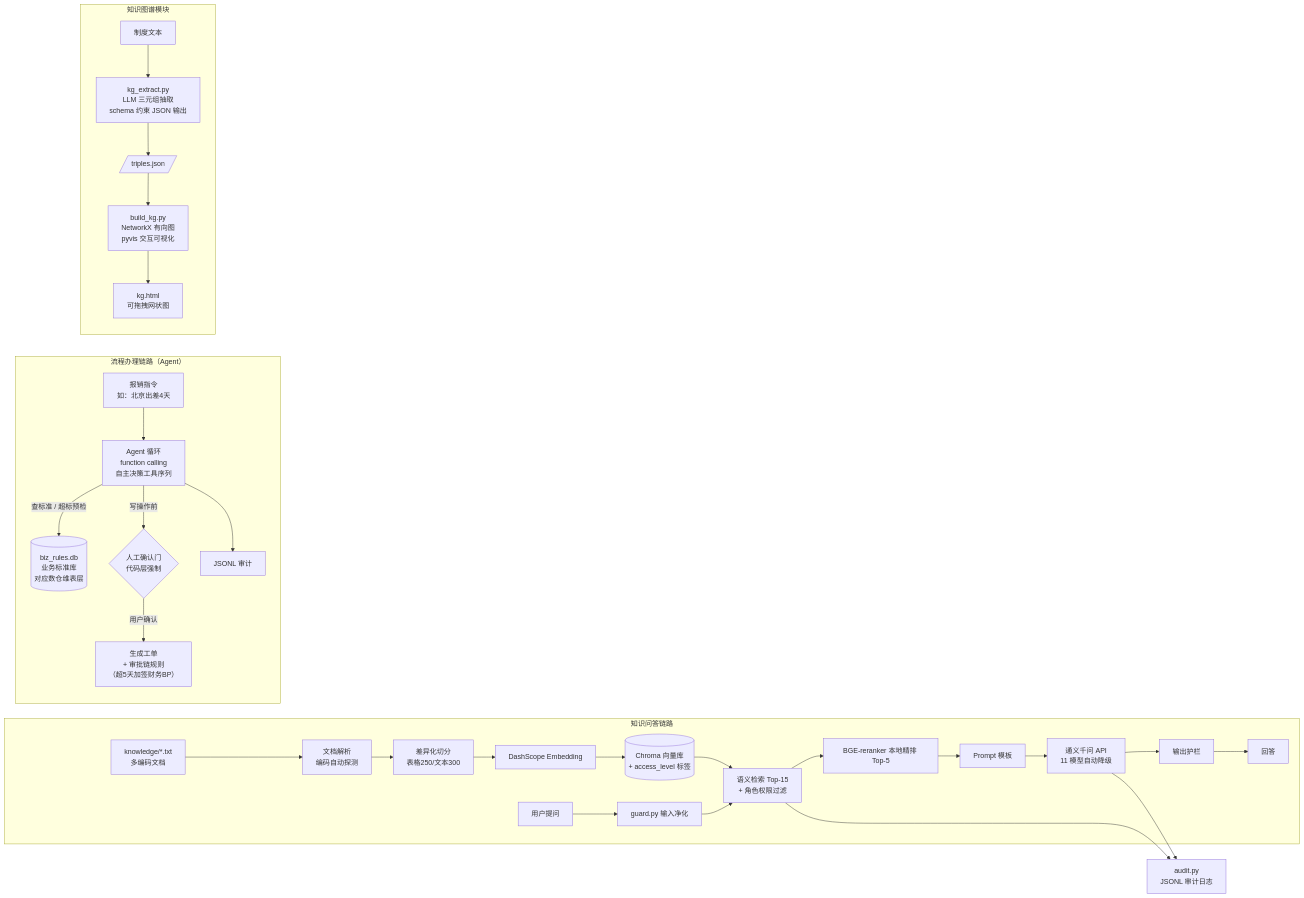
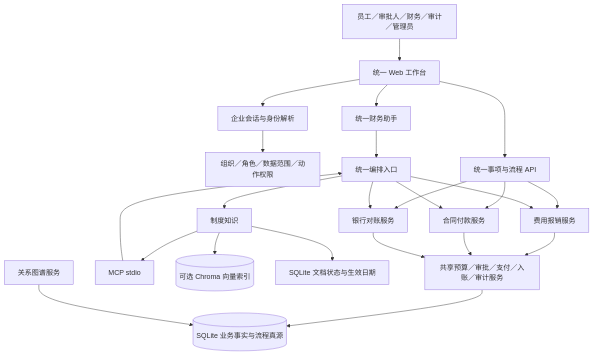
One commit to qinkunda/finance-rag-agent changed the diagram in README.md. Above: the diagram before and after it, drawn with Mermaid. The commit also changed other lines of this file and 70 other files, not shown here.

````diff
--- a/README.md
+++ b/README.md
@@ -25,33 +44,25 @@
 ```mermaid
-flowchart LR
-    subgraph RAG["知识问答链路"]
-        A[knowledge/*.txt<br/>多编码文档] --> B[文档解析<br/>编码自动探测]
-        B --> C[差异化切分<br/>表格250/文本300]
-        C --> D[DashScope Embedding]
-        D --> E[(Chroma 向量库<br/>+ access_level 标签)]
-        Q[用户提问] --> G[guard.py 输入净化]
-        G --> R[语义检索 Top-15<br/>+ 角色权限过滤]
-        E --> R
-        R --> N[BGE-reranker 本地精排 Top-5]
-        N --> P[Prompt 模板]
-        P --> L[通义千问 API<br/>11 模型自动降级]
-        L --> V[输出护栏]
-        V --> O[回答]
-    end
-    subgraph AGT["流程办理链路（Agent）"]
-        U[报销指令<br/>如：北京出差4天] --> LOOP["Agent 循环<br/>function calling<br/>自主决策工具序列"]
-        DB[(biz_rules.db<br/>业务标准库<br/>对应数仓维表层)]
-        LOOP -->|查标准 / 超标预检| DB
-        LOOP -->|写操作前| GATE{"人工确认门<br/>代码层强制"}
-        GATE -->|用户确认| ORD["生成工单<br/>+ 审批链规则<br/>（超5天加签财务BP）"]
-        LOOP --> AUD2[JSONL 审计]
-    end
-    subgraph KG["知识图谱模块"]
-        DOC2[制度文本] --> EXT["kg_extract.py<br/>LLM 三元组抽取<br/>schema 约束 JSON 输出"]
-        EXT --> TJ[/triples.json/]
-        TJ --> BL["build_kg.py<br/>NetworkX 有向图<br/>pyvis 交互可视化"]
-        BL --> HTML[kg.html<br/>可拖拽网状图]
-    end
-    R --> AUD[audit.py<br/>JSONL 审计日志]
-    L --> AUD
+flowchart TB
+    U[员工／审批人／财务／审计／管理员] --> W[统一 Web 工作台]
+    W --> S[企业会话与身份解析]
+    S --> R[组织／角色／数据范围／动作权限]
+    W --> E[统一事项与流程 API]
+    E --> F[费用报销服务]
+    E --> P[合同付款服务]
+    E --> B[银行对账服务]
+    F --> C[共享预算／审批／支付／入账／审计服务]
+    P --> C
+    B --> C
+    C --> D[(SQLite 业务事实与流程真源)]
+    W --> A[统一财务助手]
+    A --> O[统一编排入口]
+    O --> K[制度知识]
+    O --> F
+    O --> P
+    O --> B
+    K --> M[Chunk／Manifest]
+    K --> V[(可选 Chroma 向量索引)]
+    K --> DS[SQLite 文档状态与生效日期]
+    G[关系图谱服务] --> D
+    M[MCP stdio] --> O
 ```
````
